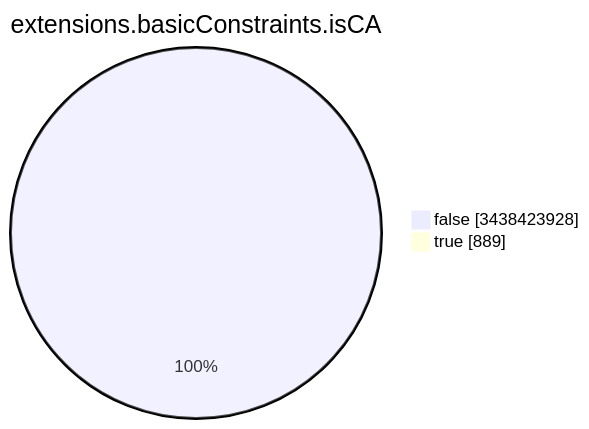
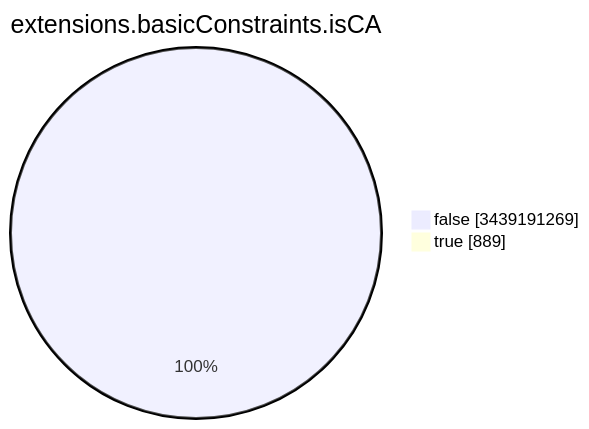
One commit to christiankrug/ctmonitor_visualization changed the seventh of 15 diagrams in TOTAL/README.md. Above: the diagram before and after it, drawn with Mermaid. The commit also changed other lines of this file, not shown here.

````diff
--- a/TOTAL/README.md
+++ b/TOTAL/README.md
@@ -3092,6 +3092,6 @@
 ```mermaid
 pie showData
 title extensions.basicConstraints.isCA
-"false" :3438423928
+"false" :3439191269
 "true" :889
 ```
````
